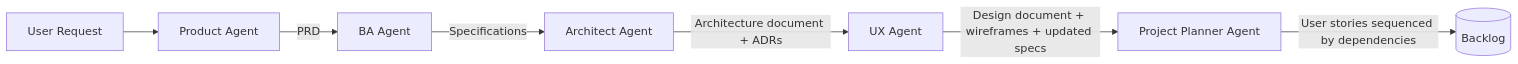
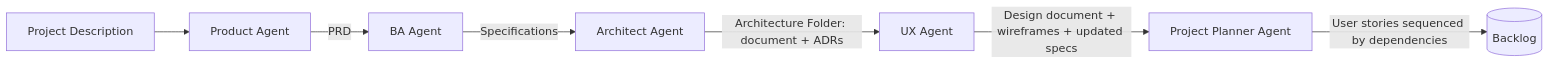
Before and after one commit to diegosfb/antigravity-task-runner: the first of 2 diagrams in .agents/documentation/Agentic Workflows/workflow-design/ADLC-design.md, drawn with Mermaid. The commit also changed other lines of this file and 32 other files, not shown here.

````diff
--- a/.agents/documentation/Agentic Workflows/workflow-design/ADLC-design.md
+++ b/.agents/documentation/Agentic Workflows/workflow-design/ADLC-design.md
@@ -16,9 +17,9 @@
 ```mermaid
 flowchart LR
-    U[User Request] --> P[Product Agent]
+    U[Project Description] --> P[Product Agent]
     P -->|PRD| B[BA Agent]
     B -->|Specifications| A[Architect Agent]
-    A -->|Architecture document + ADRs| X[UX Agent]
+    A -->|Architecture Folder: document + ADRs| X[UX Agent]
     X -->|Design document + wireframes + updated specs| L[Project Planner Agent]
     L -->|User stories sequenced by dependencies| K[(Backlog)]
 ```
````
